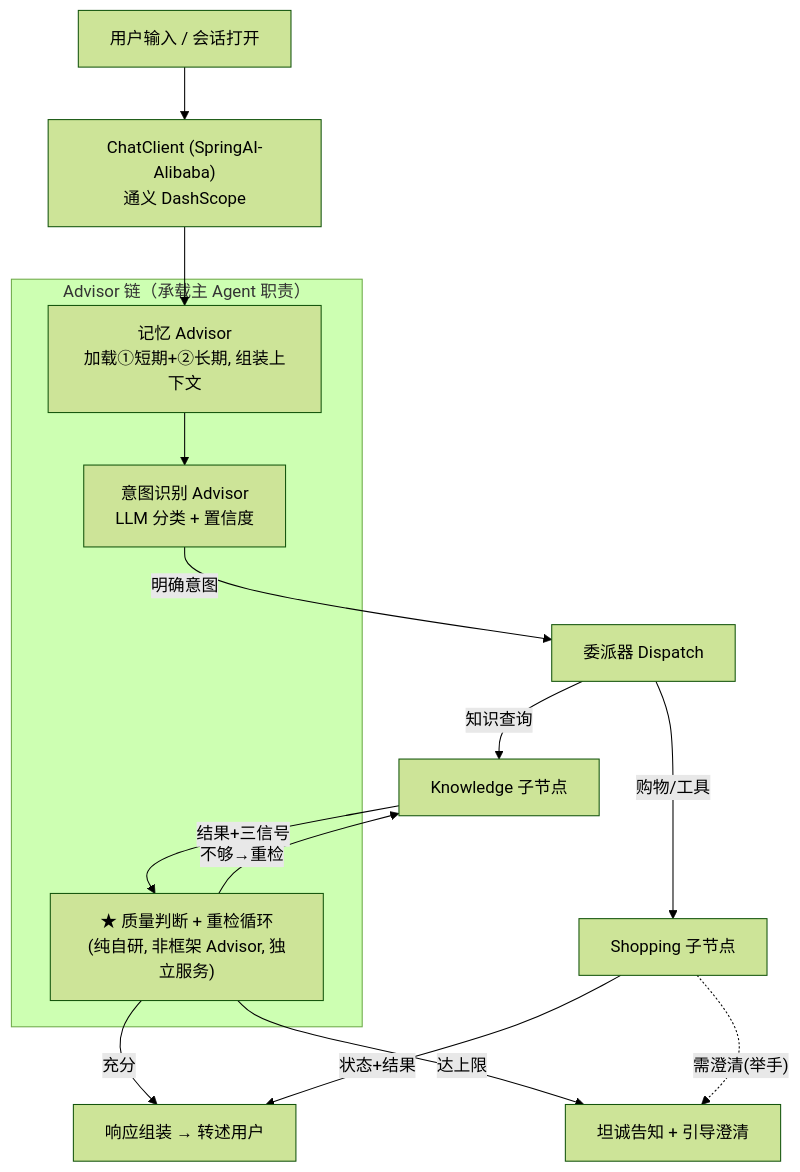
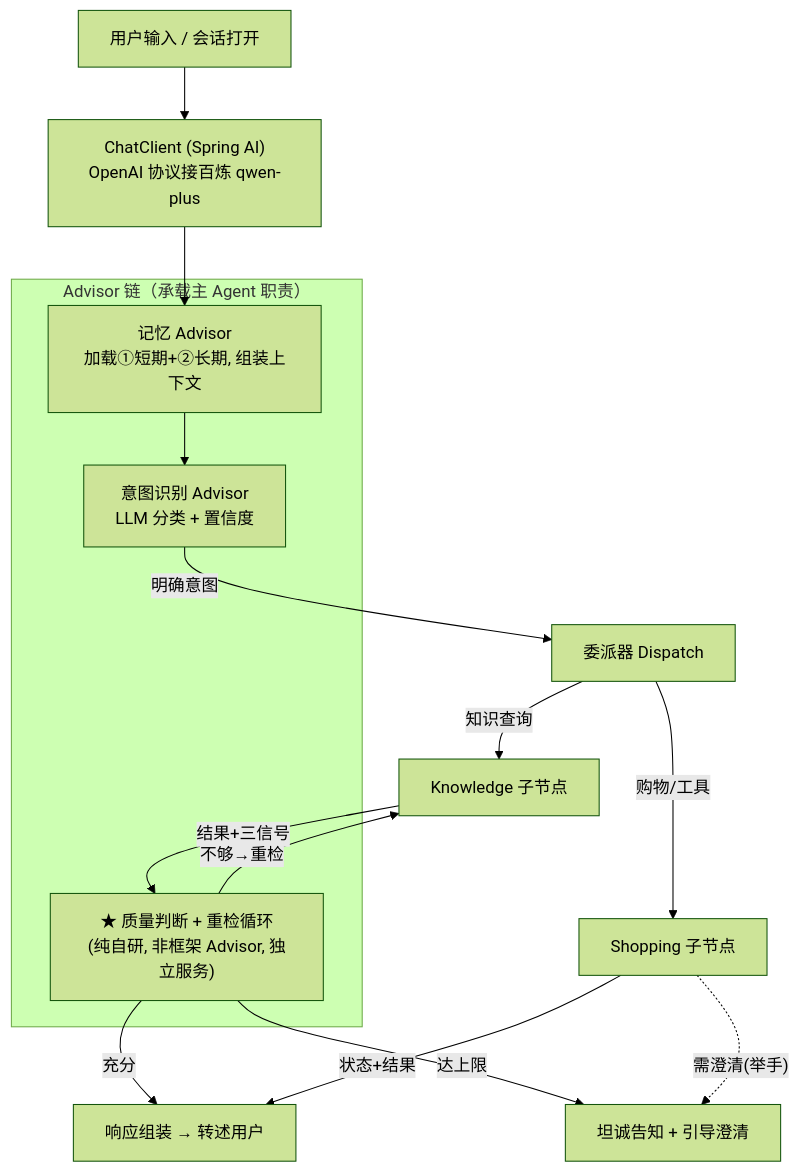
Before and after one commit to liyunyi-gif/Xiaomi-Shopping-Agent: the first of 4 diagrams in doc/主Agent-技术架构.md, drawn with Mermaid (forest theme). The commit also changed other lines of this file and 5 other files, not shown here.

First line of the commit message:
docs: 技术栈调整 SAA→SpringAI OpenAI协议多服务商接入

````diff
--- a/doc/主Agent-技术架构.md
+++ b/doc/主Agent-技术架构.md
@@ -24,22 +24,22 @@
 ```mermaid
 graph TD
-    IN["用户输入 / 会话打开"] --> CC["ChatClient (SpringAI-Alibaba)<br/>通义 DashScope"]
+    IN["用户输入 / 会话打开"] --> CC["ChatClient (Spring AI)<br/>OpenAI 协议接百炼 qwen-plus"]
 
     subgraph Advisor链["Advisor 链（承载主 Agent 职责）"]
         MEM_A["记忆 Advisor<br/>加载①短期+②长期, 组装上下文"]
         INT_A["意图识别 Advisor<br/>LLM 分类 + 置信度"]
         JUDGE_A["★ 质量判断 + 重检循环<br/>(纯自研, 非框架 Advisor, 独立服务)"]
     end
 
     CC --> MEM_A
     MEM_A --> INT_A
     INT_A -- "明确意图" --> DISP["委派器 Dispatch"]
     DISP -- "知识查询" --> KNW["Knowledge 子节点"]
     DISP -- "购物/工具" --> SHP["Shopping 子节点"]
     KNW -- "结果+三信号" --> JUDGE_A
     JUDGE_A -- "充分" --> RESP["响应组装 → 转述用户"]
     JUDGE_A -- "不够→重检" --> KNW
     JUDGE_A -- "达上限" --> CLARIFY["坦诚告知 + 引导澄清"]
     SHP -- "状态+结果" --> RESP
     SHP -. "需澄清(举手)" .-> CLARIFY
 ```
````
